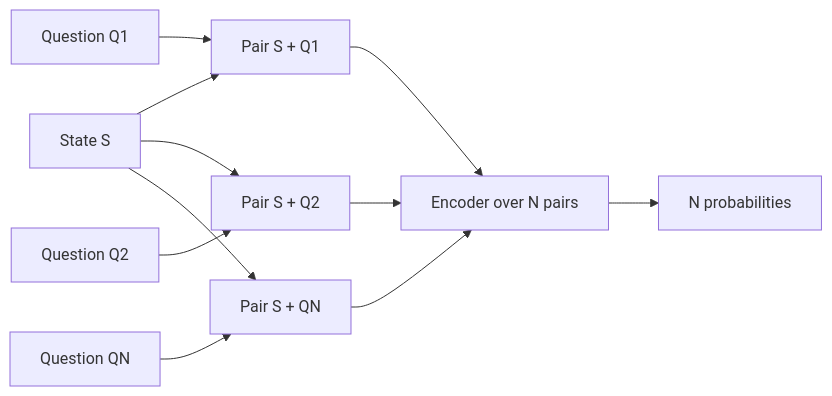
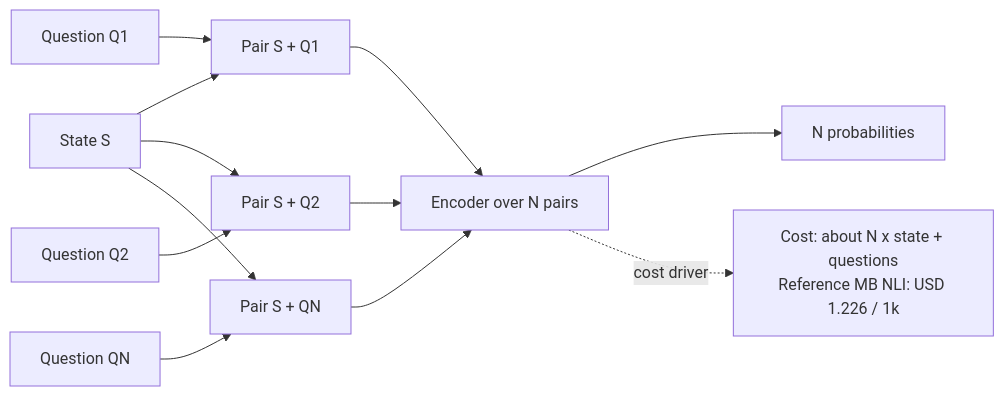
One commit to maustin10/System1_classifier_comparisons_transcripts changed the first of 3 diagrams in report/transcript-classifier-comparison.md. Above: the diagram before and after it, drawn with Mermaid. The commit also changed other lines of this file and 6 other files, not shown here.

Commit message:
Add cost implications to architecture diagrams

````diff
--- a/report/transcript-classifier-comparison.md
+++ b/report/transcript-classifier-comparison.md
@@ -110,13 +110,14 @@
 ```mermaid
 flowchart LR
     S["State S"] --> P1["Pair S + Q1"]
     S --> P2["Pair S + Q2"]
     S --> PN["Pair S + QN"]
     Q1["Question Q1"] --> P1
     Q2["Question Q2"] --> P2
     QN["Question QN"] --> PN
     P1 --> E["Encoder over N pairs"]
     P2 --> E
     PN --> E
     E --> Y["N probabilities"]
+    E -. cost driver .-> C["Cost: about N x state + questions<br/>Reference MB NLI: USD 1.226 / 1k"]
 ```
````
